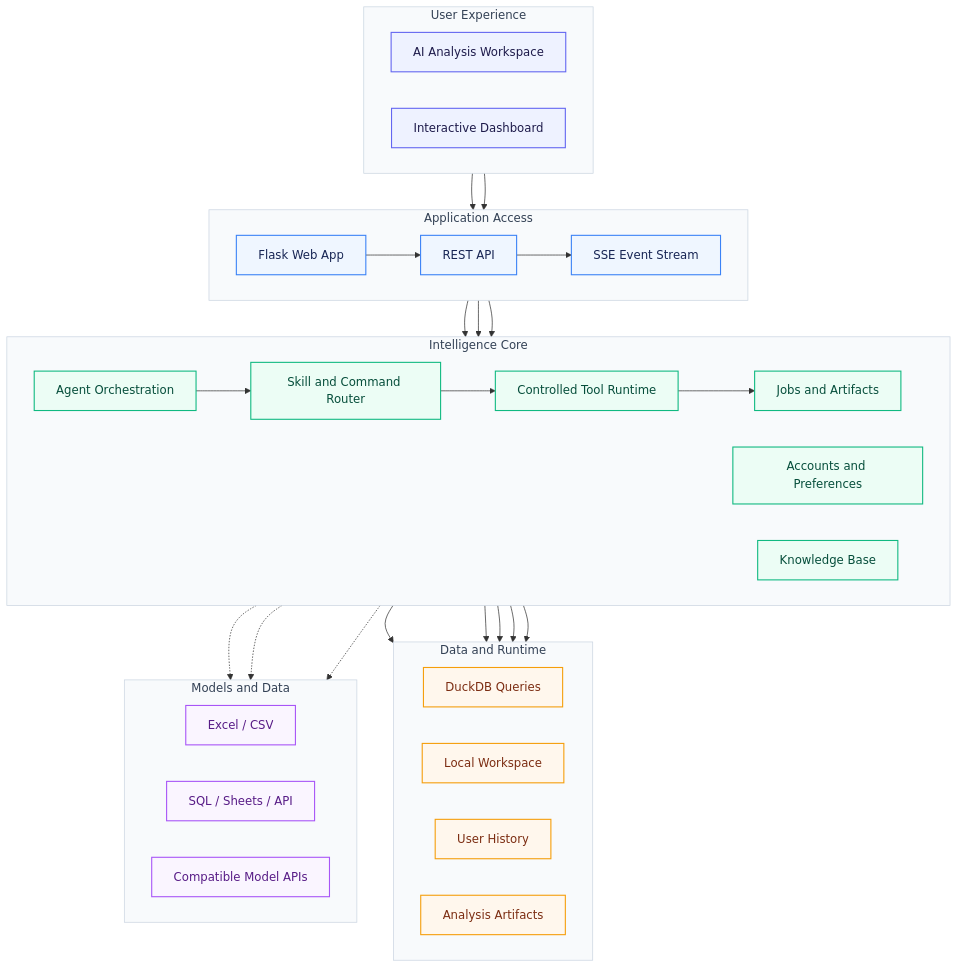
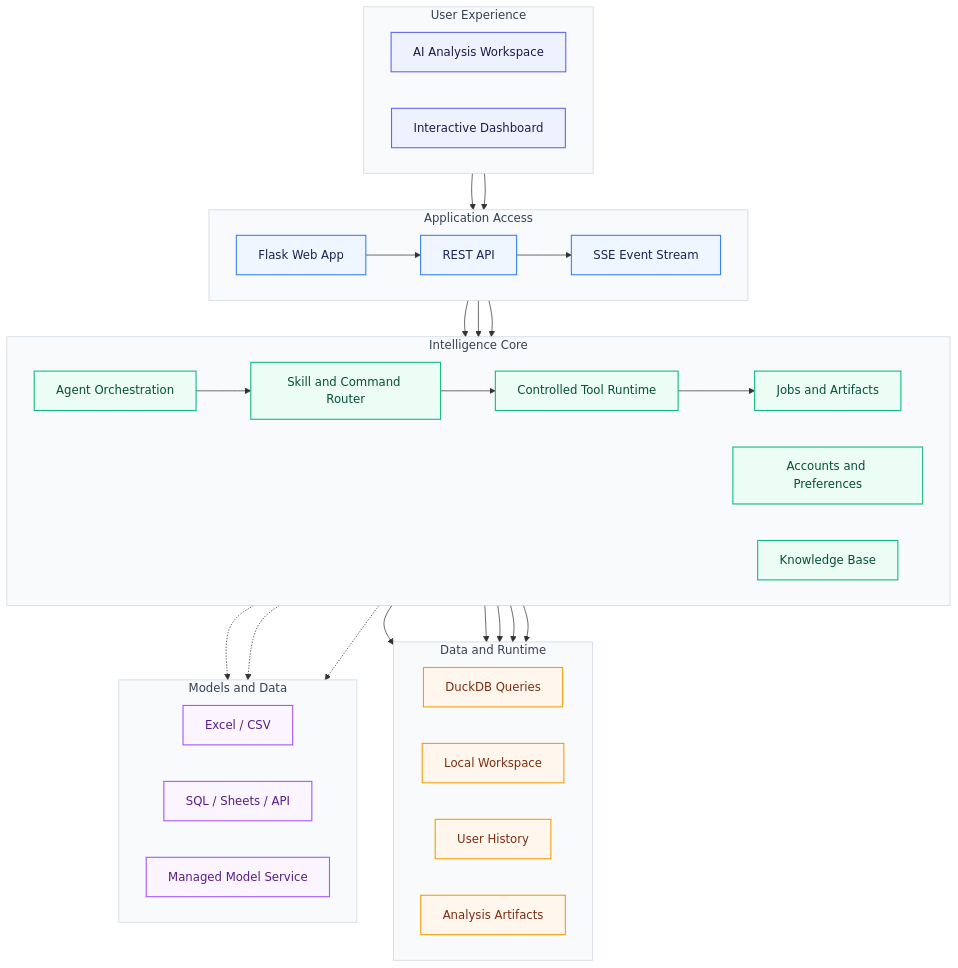
Before and after one commit to qrwuu/data-analysis-agent: the second of 2 diagrams in README_EN.md, drawn with Mermaid. The commit also changed other lines of this file and 6 other files, not shown here.

````diff
--- a/README_EN.md
+++ b/README_EN.md
@@ -109,77 +106,77 @@
 ```mermaid
 flowchart TB
     subgraph experience["User Experience"]
         direction LR
         workbench["AI Analysis Workspace"]
         dashboard["Interactive Dashboard"]
     end
 
     subgraph access["Application Access"]
         direction LR
         web["Flask Web App"]
         api["REST API"]
         sse["SSE Event Stream"]
     end
 
     subgraph intelligence["Intelligence Core"]
         direction LR
         agent["Agent Orchestration"]
         router["Skill and Command Router"]
         tools["Controlled Tool Runtime"]
         jobs["Jobs and Artifacts"]
         account["Accounts and Preferences"]
         knowledge["Knowledge Base"]
     end
 
     subgraph foundation["Data and Runtime"]
         direction LR
         duckdb["DuckDB Queries"]
         workspace["Local Workspace"]
         history["User History"]
         artifacts["Analysis Artifacts"]
     end
 
     subgraph integrations["Models and Data"]
         direction LR
         files["Excel / CSV"]
         database["SQL / Sheets / API"]
-        models["Compatible Model APIs"]
+        models["Managed Model Service"]
     end
 
     workbench --> web
     dashboard --> web
     web --> api
     api --> agent
     api --> account
     api --> knowledge
     api --> sse
     agent --> router
     router --> tools
     tools --> jobs
     tools --> duckdb
     tools --> workspace
     jobs --> artifacts
     account --> history
     knowledge --> history
     tools -.-> files
     tools -.-> database
     agent -.-> models
 
     classDef ui fill:#EEF2FF,stroke:#6366F1,color:#1E1B4B,stroke-width:1.5px
     classDef edge fill:#EFF6FF,stroke:#3B82F6,color:#172554,stroke-width:1.5px
     classDef core fill:#ECFDF5,stroke:#10B981,color:#064E3B,stroke-width:1.5px
     classDef data fill:#FFF7ED,stroke:#F59E0B,color:#7C2D12,stroke-width:1.5px
     classDef external fill:#FAF5FF,stroke:#A855F7,color:#581C87,stroke-width:1.5px
 
     class workbench,dashboard ui
     class web,api,sse edge
     class agent,router,tools,jobs,account,knowledge core
     class duckdb,workspace,history,artifacts data
     class files,database,models external
 
     style experience fill:#F8FAFC,stroke:#CBD5E1,color:#334155
     style access fill:#F8FAFC,stroke:#CBD5E1,color:#334155
     style intelligence fill:#F8FAFC,stroke:#CBD5E1,color:#334155
     style foundation fill:#F8FAFC,stroke:#CBD5E1,color:#334155
     style integrations fill:#F8FAFC,stroke:#CBD5E1,color:#334155
 ```
````
